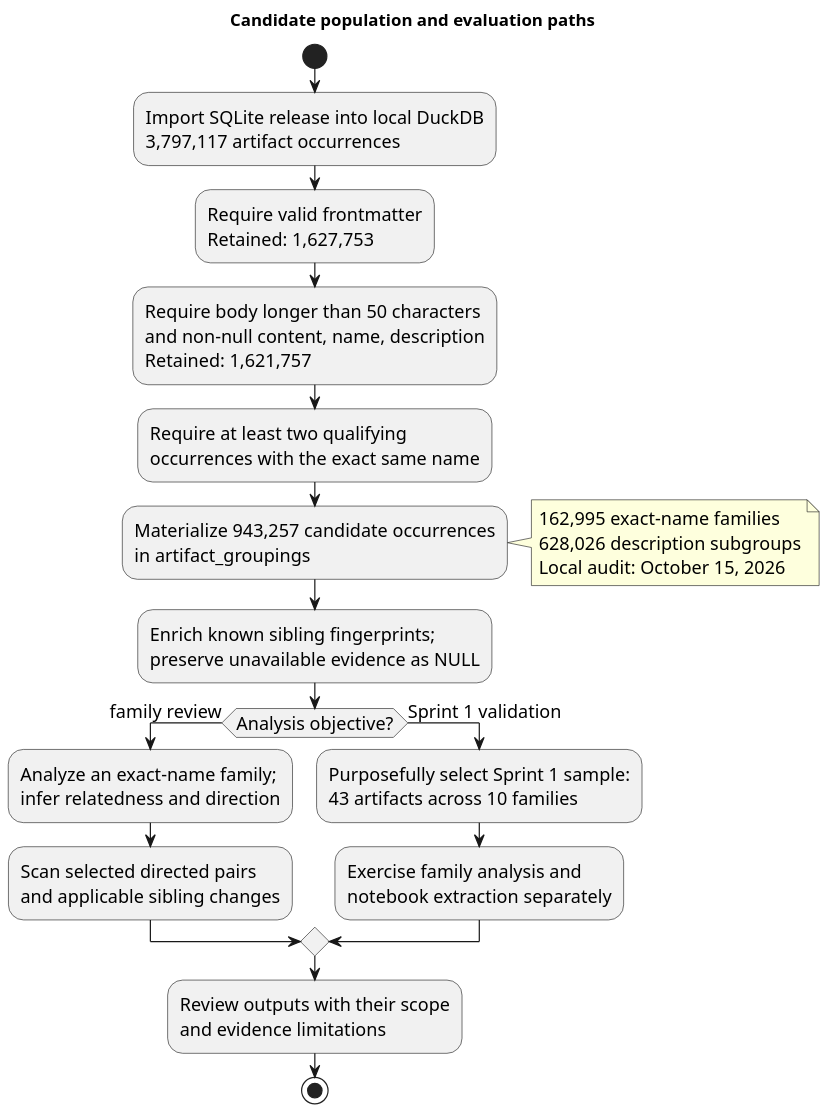
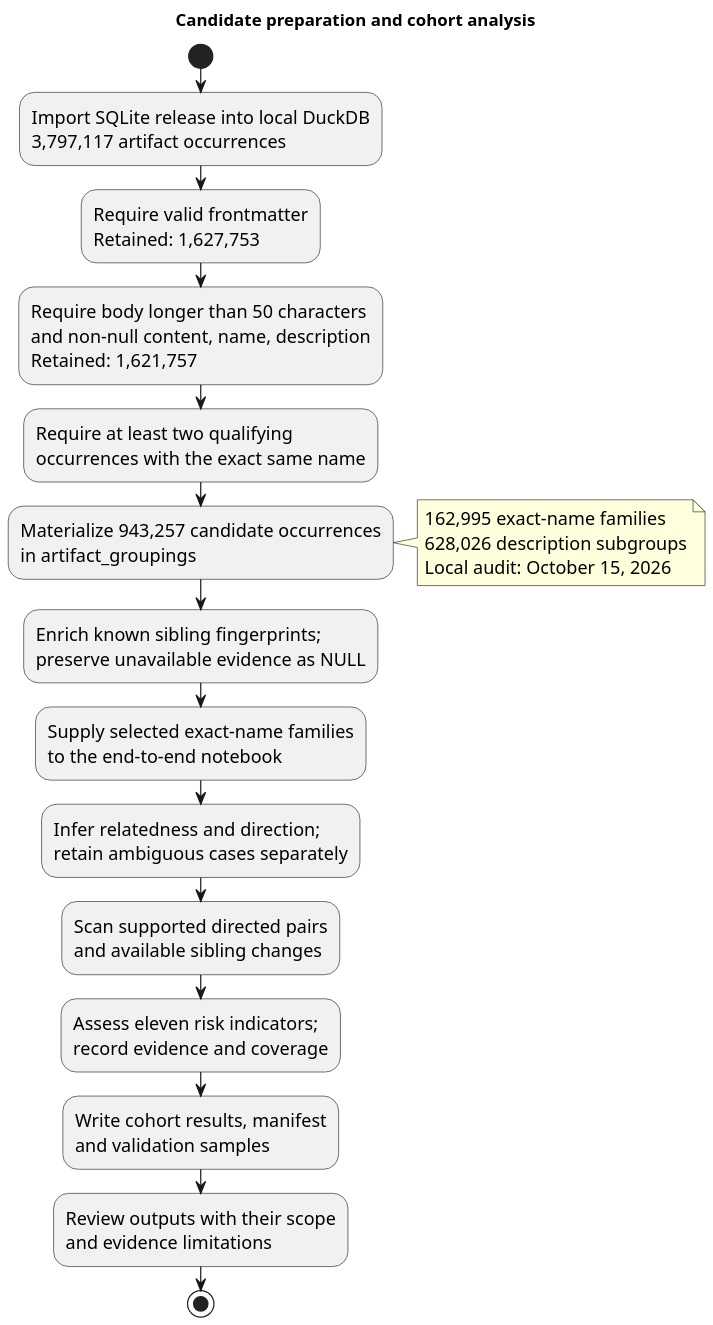
The diagram in report/diagrams/preparation-activity.puml (umdnp/csc580-project8), drawn with PlantUML before and after one commit. The commit also changed 33 other files, not shown here.

```diff
--- a/report/diagrams/preparation-activity.puml
+++ b/report/diagrams/preparation-activity.puml
@@ -1,29 +1,27 @@
 @startuml
 skinparam backgroundColor white
 skinparam shadowing false
 skinparam defaultFontName Arial
 skinparam defaultFontSize 15
 skinparam dpi 150
-title Candidate population and evaluation paths
+title Candidate preparation and cohort analysis
 start
 :Import SQLite release into local DuckDB\n3,797,117 artifact occurrences;
 :Require valid frontmatter\nRetained: 1,627,753;
 :Require body longer than 50 characters\nand non-null content, name, description\nRetained: 1,621,757;
 :Require at least two qualifying\noccurrences with the exact same name;
 :Materialize 943,257 candidate occurrences\nin artifact_groupings;
 note right
   162,995 exact-name families
   628,026 description subgroups
   Local audit: October 15, 2026
 end note
 :Enrich known sibling fingerprints;\npreserve unavailable evidence as NULL;
-if (Analysis objective?) then (family review)
-  :Analyze an exact-name family;\ninfer relatedness and direction;
-  :Scan selected directed pairs\nand applicable sibling changes;
-else (Sprint 1 validation)
-  :Purposefully select Sprint 1 sample:\n43 artifacts across 10 families;
-  :Exercise family analysis and\nnotebook extraction separately;
-endif
+:Supply selected exact-name families\nto the end-to-end notebook;
+:Infer relatedness and direction;\nretain ambiguous cases separately;
+:Scan supported directed pairs\nand available sibling changes;
+:Assess eleven risk indicators;\nrecord evidence and coverage;
+:Write cohort results, manifest\nand validation samples;
 :Review outputs with their scope\nand evidence limitations;
 stop
 @enduml
```
